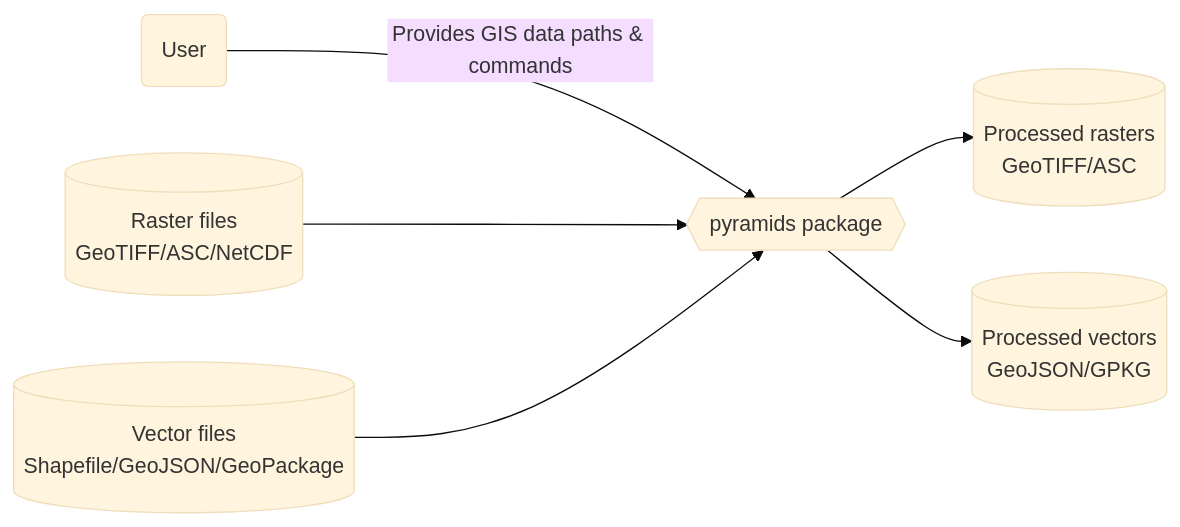
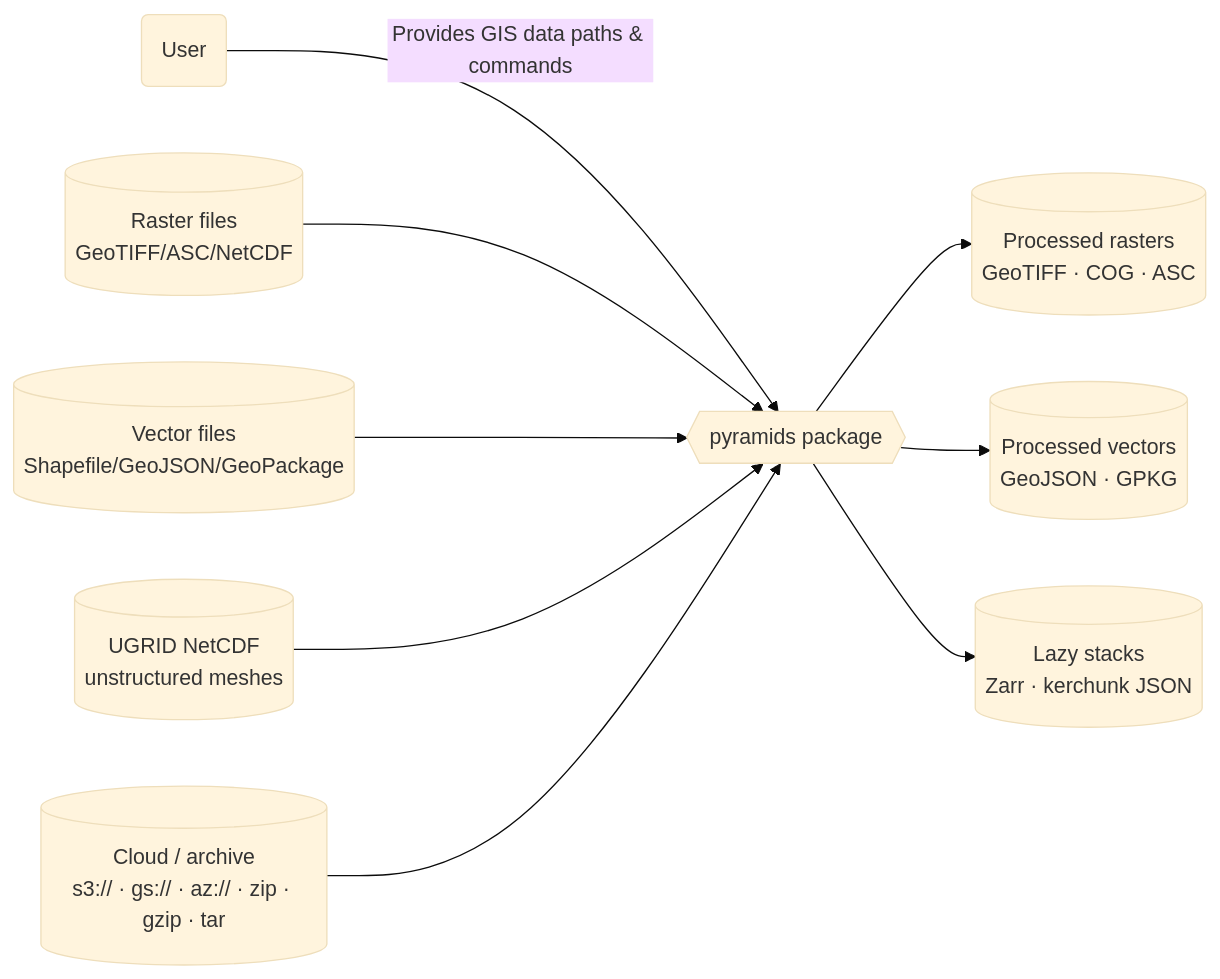
Before and after one commit to serapeum-org/pyramids: the first of 3 diagrams in docs/overview/how-it-works.md, drawn with Mermaid (base theme). The commit also changed other lines of this file and 3 other files, not shown here.

````diff
--- a/docs/overview/how-it-works.md
+++ b/docs/overview/how-it-works.md
@@ -7,8 +7,11 @@
 ```mermaid
 flowchart LR
   user(User) -->|Provides GIS data paths & commands| pyramids{{pyramids package}}
   ext1[(Raster files\nGeoTIFF/ASC/NetCDF)] --> pyramids
   ext2[(Vector files\nShapefile/GeoJSON/GeoPackage)] --> pyramids
-  pyramids --> out1[(Processed rasters\nGeoTIFF/ASC)]
-  pyramids --> out2[(Processed vectors\nGeoJSON/GPKG)]
+  ext3[(UGRID NetCDF\nunstructured meshes)] --> pyramids
+  ext4[(Cloud / archive\ns3:// · gs:// · az:// · zip · gzip · tar)] --> pyramids
+  pyramids --> out1[(Processed rasters\nGeoTIFF · COG · ASC)]
+  pyramids --> out2[(Processed vectors\nGeoJSON · GPKG)]
+  pyramids --> out3[(Lazy stacks\nZarr · kerchunk JSON)]
 ```
````
